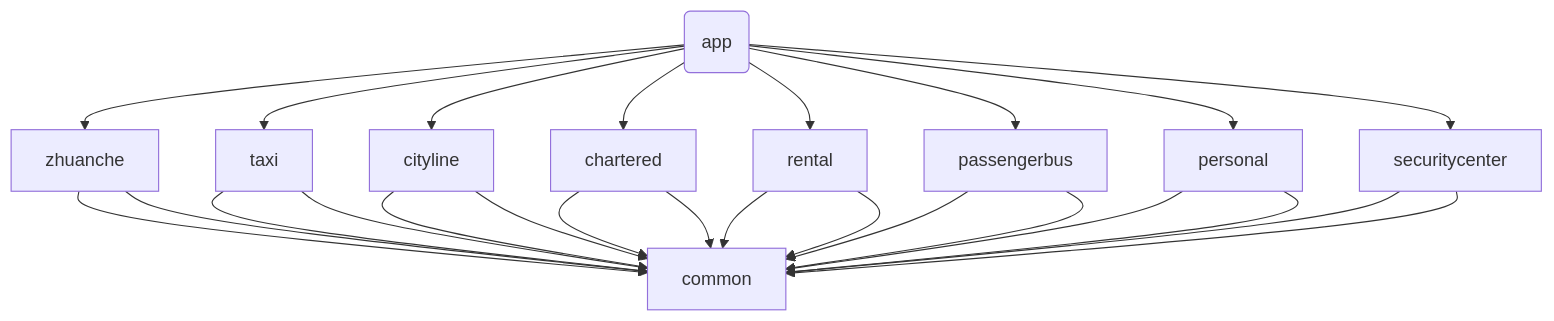
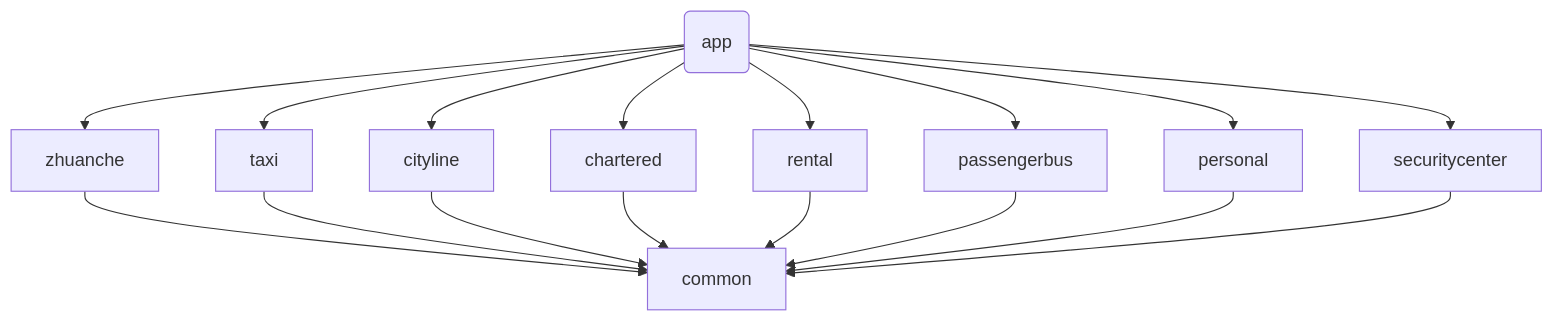
Before and after one commit to moutainhigh/driver: the diagram in README.md, drawn with Mermaid.

````diff
--- a/README.md
+++ b/README.md
@@ -21,19 +21,19 @@
 ```mermaid
    graph TD
-      id4(app) --> zhuanche --> common
-      id4(app) --> taxi --> common
-      id4(app) --> cityline --> common
-      id4(app) --> chartered --> common
-      id4(app) --> rental --> common
-      id4(app) --> passengerbus --> common
-      id4(app) --> personal --> common
-      id4(app) --> securitycenter --> common
+      id4(app) --> zhuanche
+      id4(app) --> taxi
+      id4(app) --> cityline
+      id4(app) --> chartered
+      id4(app) --> rental
+      id4(app) --> passengerbus
+      id4(app) --> personal
+      id4(app) --> securitycenter
       zhuanche --> common
       taxi --> common
       cityline --> common
       chartered --> common
       rental --> common
       passengerbus --> common
       personal --> common
       securitycenter --> common
 ```
````
